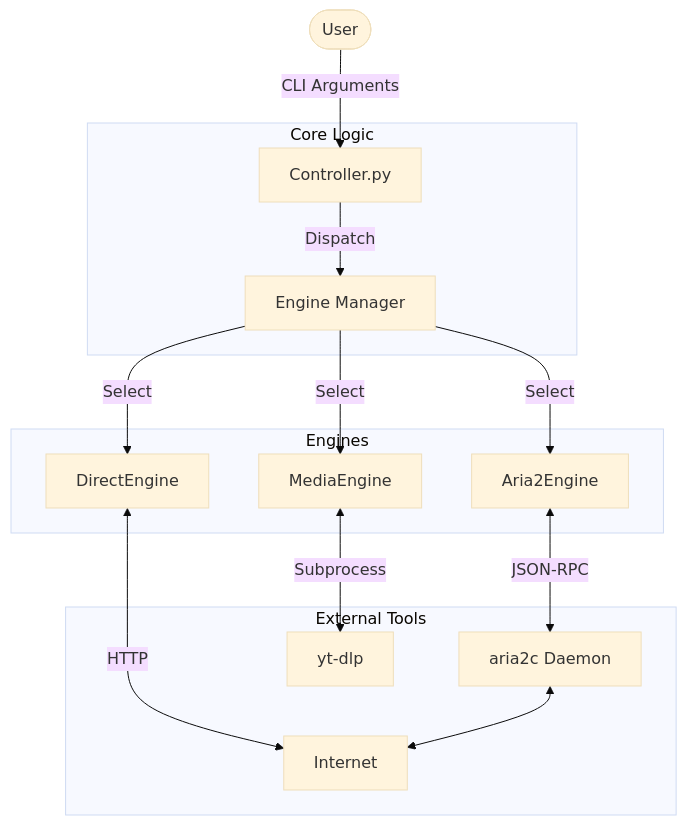
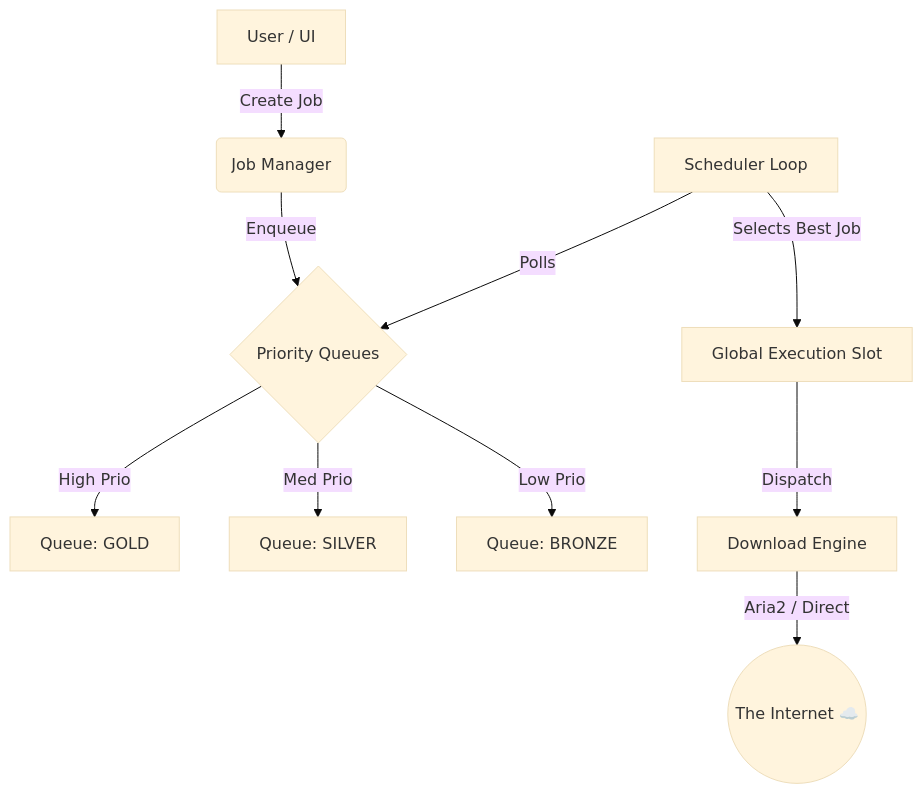
Before and after one commit to PrithvirajSinghChauhan8444/HermesLink: the first of 2 diagrams in README.md, drawn with Mermaid (base theme). The commit also changed other lines of this file, not shown here.

````diff
--- a/README.md
+++ b/README.md
@@ -42,22 +30,14 @@
 ```mermaid
 graph TD
-    User([User]) -->|CLI Arguments| Controller[Controller.py]
+    A[User / UI] -->|Create Job| B(Job Manager)
+    B -->|Enqueue| C{Priority Queues}
+    C -->|High Prio| D[Queue: GOLD]
+    C -->|Med Prio| E[Queue: SILVER]
+    C -->|Low Prio| F[Queue: BRONZE]
 
-    subgraph Core Logic
-    Controller -->|Dispatch| EngineMgr[Engine Manager]
-    end
+    G[Scheduler Loop] -->|Polls| C
+    G -->|Selects Best Job| H[Global Execution Slot]
 
-    subgraph Engines
-    EngineMgr -->|Select| A[Aria2Engine]
-    EngineMgr -->|Select| M[MediaEngine]
-    EngineMgr -->|Select| D[DirectEngine]
-    end
-
-    subgraph External Tools
-    A <-->|JSON-RPC| A2[aria2c Daemon]
-    M <-->|Subprocess| Y[yt-dlp]
-    D <-->|HTTP| Web[Internet]
-    end
-
-    A2 <--> Web
+    H -->|Dispatch| I[Download Engine]
+    I -->|Aria2 / Direct| J((The Internet ☁️))
 ```
````
